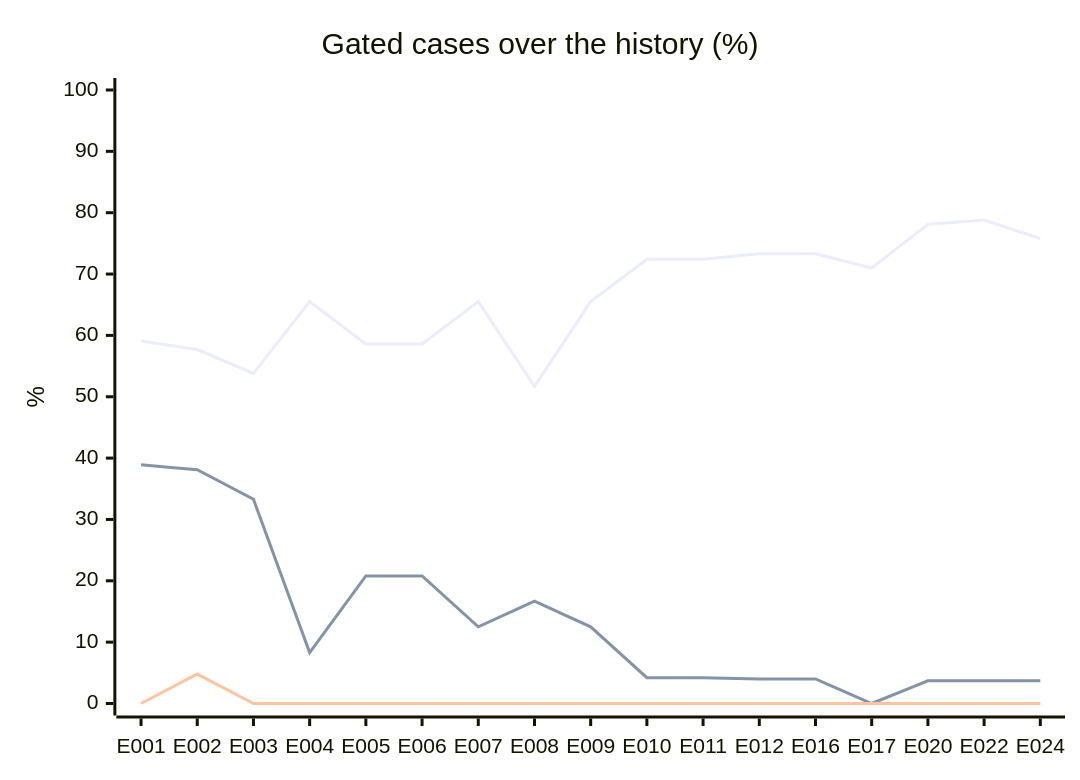
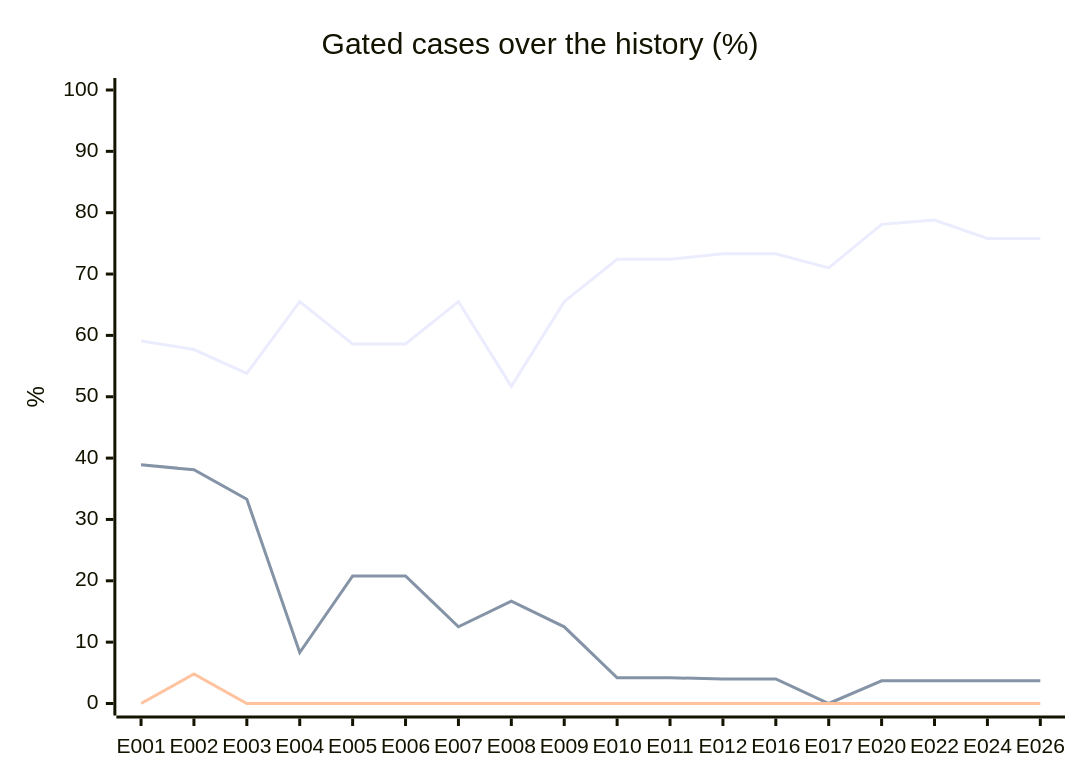
Before and after one commit to acarbonellb/anti-fraud-agent: the second of 2 diagrams in evals/report.md, drawn with Mermaid. The commit also changed other lines of this file and 2 other files, not shown here.

````diff
--- a/evals/report.md
+++ b/evals/report.md
@@ -145,9 +147,9 @@
 ```mermaid
 xychart-beta
   title "Gated cases over the history (%)"
-  x-axis [E001, E002, E003, E004, E005, E006, E007, E008, E009, E010, E011, E012, E016, E017, E020, E022, E024]
+  x-axis [E001, E002, E003, E004, E005, E006, E007, E008, E009, E010, E011, E012, E016, E017, E020, E022, E024, E026]
   y-axis "%" 0 --> 100
-  line [59.1, 57.7, 53.8, 65.5, 58.6, 58.6, 65.5, 51.7, 65.5, 72.4, 72.4, 73.3, 73.3, 71, 78.1, 78.8, 75.8]
-  line [38.9, 38.1, 33.3, 8.3, 20.8, 20.8, 12.5, 16.7, 12.5, 4.2, 4.2, 4, 4, 0, 3.7, 3.7, 3.7]
-  line [0, 4.8, 0, 0, 0, 0, 0, 0, 0, 0, 0, 0, 0, 0, 0, 0, 0]
+  line [59.1, 57.7, 53.8, 65.5, 58.6, 58.6, 65.5, 51.7, 65.5, 72.4, 72.4, 73.3, 73.3, 71, 78.1, 78.8, 75.8, 75.8]
+  line [38.9, 38.1, 33.3, 8.3, 20.8, 20.8, 12.5, 16.7, 12.5, 4.2, 4.2, 4, 4, 0, 3.7, 3.7, 3.7, 3.7]
+  line [0, 4.8, 0, 0, 0, 0, 0, 0, 0, 0, 0, 0, 0, 0, 0, 0, 0, 0]
 ```
````
